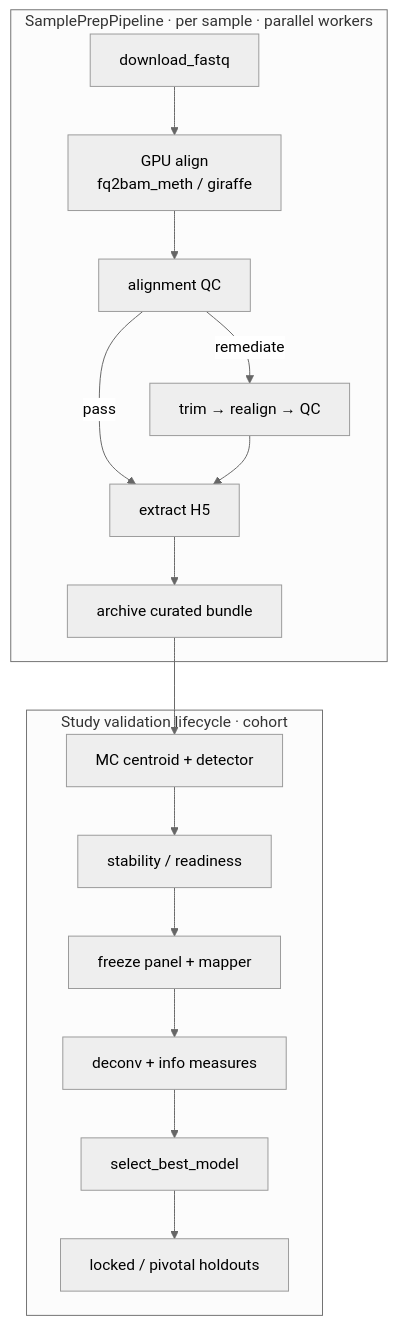
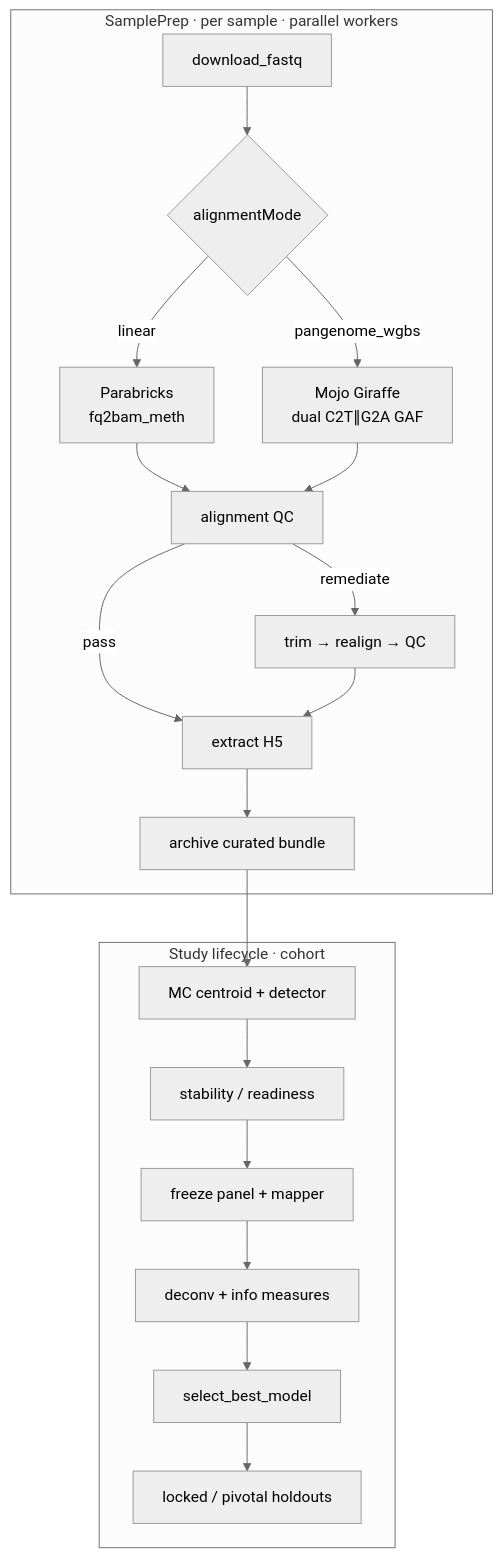
The second of 12 diagrams in docs/presentations/regulatory-ready-platform-multiomics.md (Goliath-Research/GoliathWorkflow), drawn with Mermaid (neutral theme) before and after one commit. The commit also changed other lines of this file and 2 other files, not shown here.

````diff
--- a/docs/presentations/regulatory-ready-platform-multiomics.md
+++ b/docs/presentations/regulatory-ready-platform-multiomics.md
@@ -104,20 +118,23 @@
 ```mermaid
 %% mp:interactive
 flowchart TB
-  subgraph prep["SamplePrepPipeline · per sample · parallel workers"]
-    DL["download_fastq"] --> ALN["GPU align<br/>fq2bam_meth / giraffe"]
-    ALN --> AQC["alignment QC"]
+  subgraph prep["SamplePrep · per sample · parallel workers"]
+    DL["download_fastq"] --> MODE{"alignmentMode"}
+    MODE -->|linear| PB["Parabricks<br/>fq2bam_meth"]
+    MODE -->|pangenome_wgbs| MG["Mojo Giraffe<br/>dual C2T∥G2A GAF"]
+    PB --> AQC["alignment QC"]
+    MG --> AQC
     AQC -->|pass| EXT["extract H5"]
     AQC -->|remediate| REM["trim → realign → QC"]
     REM --> EXT
     EXT --> ARC["archive curated bundle"]
   end
-  subgraph study["Study validation lifecycle · cohort"]
+  subgraph study["Study lifecycle · cohort"]
     MC["MC centroid + detector"] --> STAB["stability / readiness"]
     STAB --> FRZ["freeze panel + mapper"]
     FRZ --> COV["deconv + info measures"]
     COV --> MOD["select_best_model"]
     MOD --> VAL["locked / pivotal holdouts"]
   end
   ARC --> MC
 ```
````
